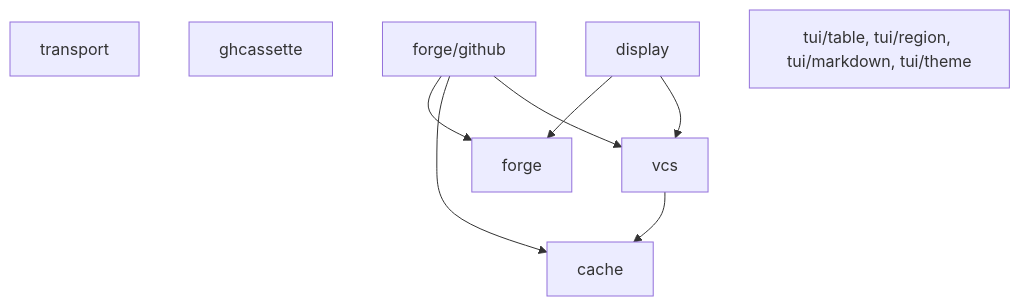
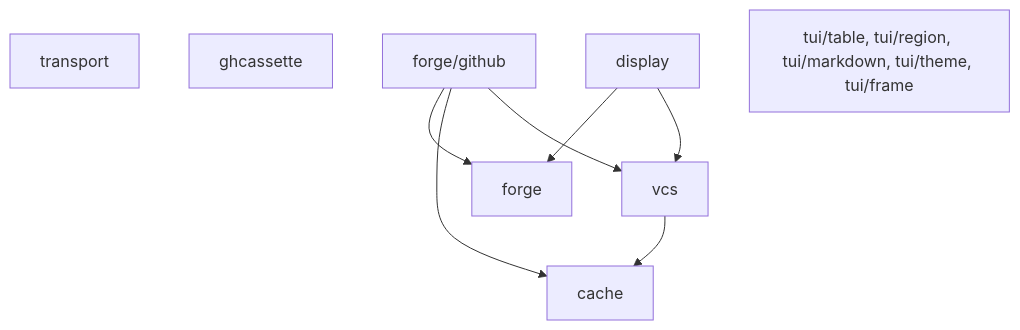
The diagram in DESIGN.md (KyleKing/aragonite), drawn with Mermaid before and after one commit. The commit also changed other lines of this file and 3 other files, not shown here.

````diff
--- a/DESIGN.md
+++ b/DESIGN.md
@@ -22,15 +22,15 @@
 ```mermaid
 flowchart TD
     cache["cache"]
     transport["transport"]
     ghcassette["ghcassette"]
     vcs["vcs"]
     forge["forge"]
     github["forge/github"]
     display["display"]
-    tui["tui/table, tui/region, tui/markdown, tui/theme"]
+    tui["tui/table, tui/region, tui/markdown, tui/theme, tui/frame"]
 
     vcs --> cache
     github --> forge & cache & vcs
     display --> forge & vcs
 ```
````
